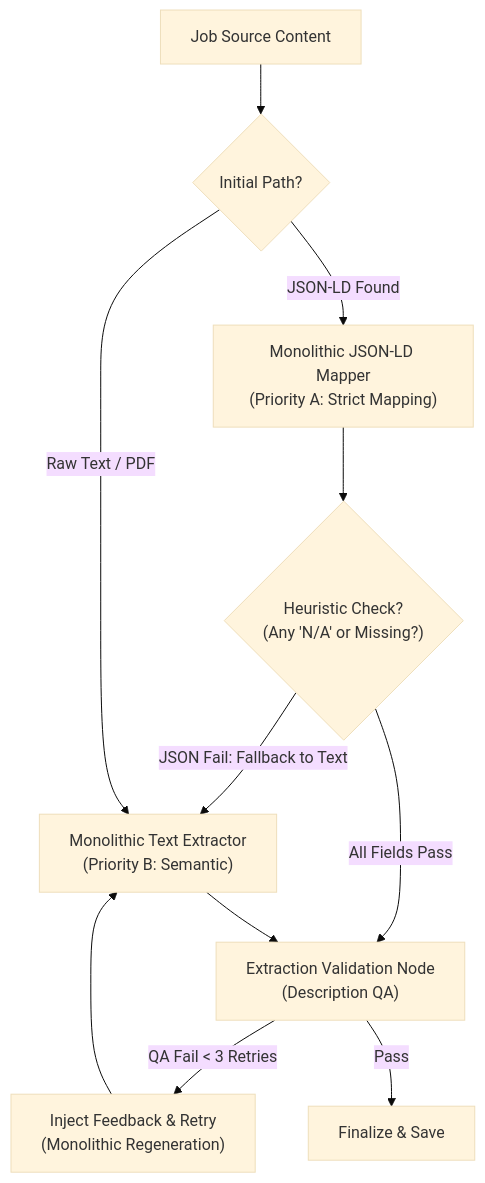
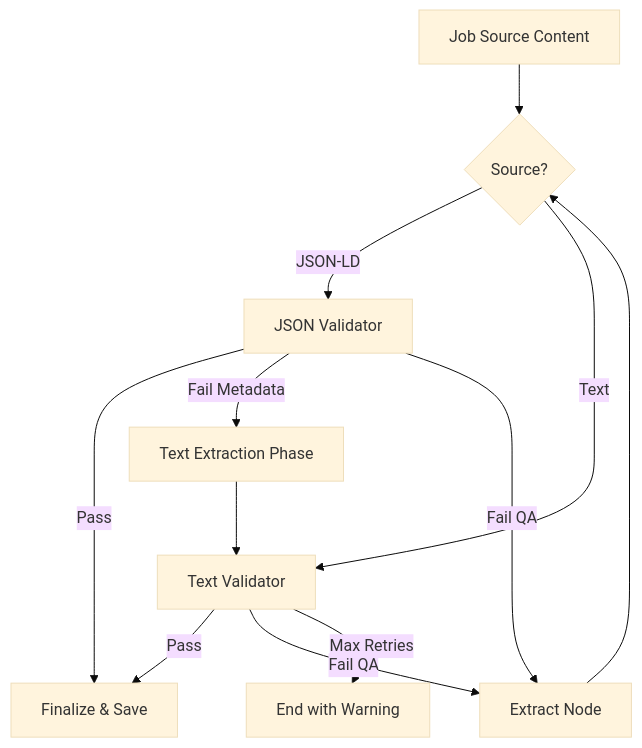
Before and after one commit to yicheinchang/lard: the first of 2 diagrams in backend/README.md, drawn with Mermaid (base theme). The commit also changed other lines of this file and 6 other files, not shown here.

Commit message:
fix(ai): implement description fast-pass to prevent noisy rejections

````diff
--- a/backend/README.md
+++ b/backend/README.md
@@ -65,21 +65,20 @@
 ```mermaid
 graph TD
     Source["Job Source Content"] --> Mode{"Initial Path?"}
     
     
     
-    Mode -- "JSON-LD Found" --> Mapper["Monolithic JSON-LD Mapper<br/>(Priority A: Strict Mapping)"]
-    Mapper --> Heuristic{"Heuristic Check?<br/>(Any 'N/A' or Missing?)"}
+    Extract[Extract Node] --> Mode{Source?}
+    Mode -- JSON-LD --> JSONVal[JSON Validator]
+    Mode -- Text --> TextVal[Text Validator]
     
-    Heuristic -- "JSON Fail: Fallback to Text" --> Extractor
-    Heuristic -- "All Fields Pass" --> QA["Extraction Validation Node<br/>(Description QA)"]
+    JSONVal -- Pass --> END
+    JSONVal -- Fail Metadata --> TextExt[Text Extraction Phase] --> TextVal
+    JSONVal -- Fail QA --> Extract
     
-    Extractor --> QA
+    TextVal -- Pass --> END
+    TextVal -- Fail QA --> Extract
+    TextVal -- Max Retries --> WARN[End with Warning]
     
-    QA -- "QA Fail < 3 Retries" --> Retry["Inject Feedback & Retry<br/>(Monolithic Regeneration)"]
-    Retry --> Extractor
-    
-    QA -- "Pass" --> Final["Finalize & Save"]
-
-    Mode -- "Raw Text / PDF" --> Extractor["Monolithic Text Extractor<br/>(Priority B: Semantic)"]
+    END[Finalize & Save]
 ```
````
